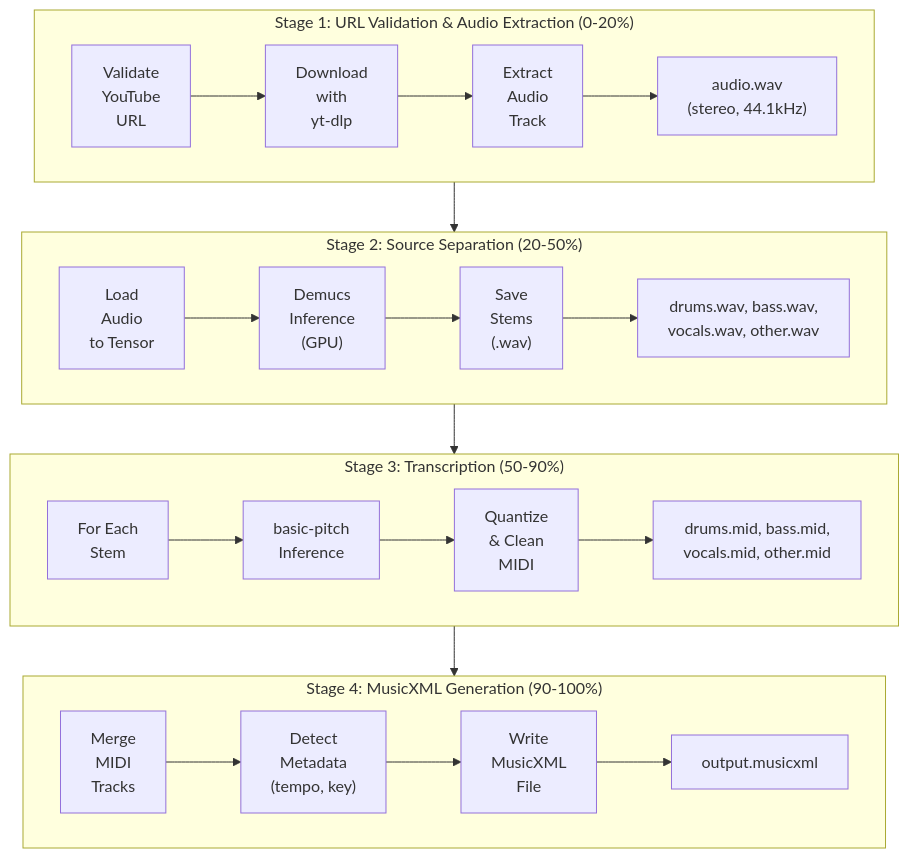
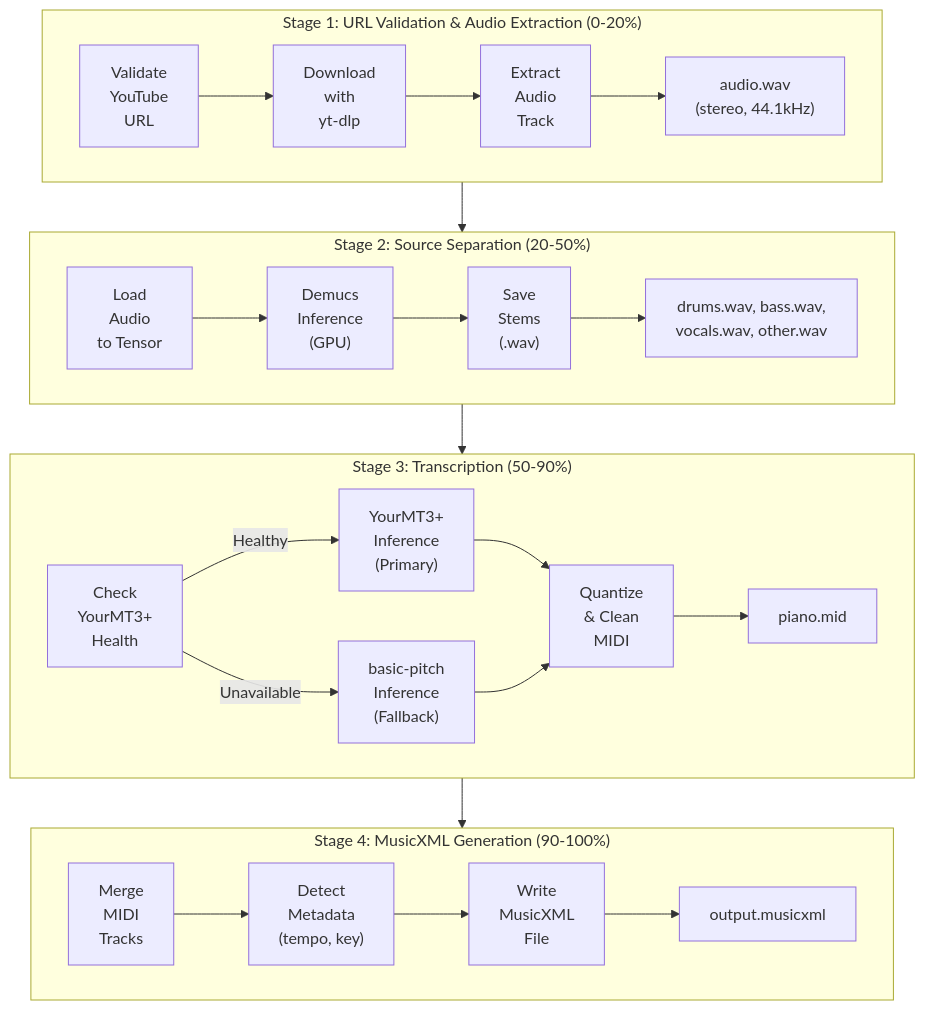
Before and after one commit to calebyhan/rescored: the diagram in docs/backend/pipeline.md, drawn with Mermaid. The commit also changed other lines of this file and 40 other files, not shown here.

````diff
--- a/docs/backend/pipeline.md
+++ b/docs/backend/pipeline.md
@@ -9,50 +9,53 @@
 ```mermaid
 graph TB
     subgraph Stage1["Stage 1: URL Validation & Audio Extraction (0-20%)"]
         Validate["Validate<br/>YouTube<br/>URL"]
         Download["Download<br/>with<br/>yt-dlp"]
         Extract["Extract<br/>Audio<br/>Track"]
         Audio1["audio.wav<br/>(stereo, 44.1kHz)"]
 
         Validate --> Download
         Download --> Extract
         Extract --> Audio1
     end
 
     subgraph Stage2["Stage 2: Source Separation (20-50%)"]
         Load["Load<br/>Audio<br/>to Tensor"]
         Demucs["Demucs<br/>Inference<br/>(GPU)"]
         SaveStems["Save<br/>Stems<br/>(.wav)"]
         Stems["drums.wav, bass.wav,<br/>vocals.wav, other.wav"]
 
         Load --> Demucs
         Demucs --> SaveStems
         SaveStems --> Stems
     end
 
     subgraph Stage3["Stage 3: Transcription (50-90%)"]
-        ForEach["For Each<br/>Stem"]
-        BasicPitch["basic-pitch<br/>Inference"]
+        Health["Check<br/>YourMT3+<br/>Health"]
+        YMT3["YourMT3+<br/>Inference<br/>(Primary)"]
+        BasicPitch["basic-pitch<br/>Inference<br/>(Fallback)"]
         Quantize["Quantize<br/>& Clean<br/>MIDI"]
-        MIDI["drums.mid, bass.mid,<br/>vocals.mid, other.mid"]
+        MIDI["piano.mid"]
 
-        ForEach --> BasicPitch
+        Health -->|Healthy| YMT3
+        Health -->|Unavailable| BasicPitch
+        YMT3 --> Quantize
         BasicPitch --> Quantize
         Quantize --> MIDI
     end
 
     subgraph Stage4["Stage 4: MusicXML Generation (90-100%)"]
         Merge["Merge<br/>MIDI<br/>Tracks"]
         Detect["Detect<br/>Metadata<br/>(tempo, key)"]
         WriteMXML["Write<br/>MusicXML<br/>File"]
         Output["output.musicxml"]
 
         Merge --> Detect
         Detect --> WriteMXML
         WriteMXML --> Output
     end
 
     Stage1 --> Stage2
     Stage2 --> Stage3
     Stage3 --> Stage4
 ```
````
